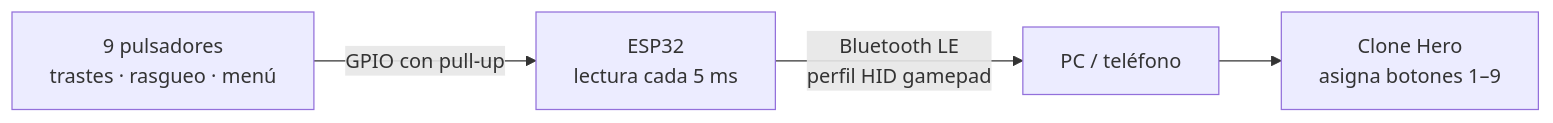
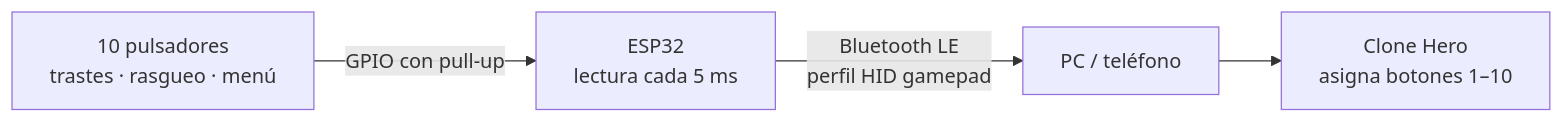
One commit to Jostero32/Guitarra_CloneHero_Inalambrico_esp32 changed the diagram in README.md. Above: the diagram before and after it, drawn with Mermaid. The commit also changed other lines of this file and 5 other files, not shown here.

````diff
--- a/README.md
+++ b/README.md
@@ -14,6 +14,6 @@
 ```mermaid
 flowchart LR
-    B["9 pulsadores<br/>trastes · rasgueo · menú"] -->|"GPIO con pull-up"| E["ESP32<br/>lectura cada 5 ms"]
+    B["10 pulsadores<br/>trastes · rasgueo · menú"] -->|"GPIO con pull-up"| E["ESP32<br/>lectura cada 5 ms"]
     E -->|"Bluetooth LE<br/>perfil HID gamepad"| PC["PC / teléfono"]
-    PC --> CH["Clone Hero<br/>asigna botones 1–9"]
+    PC --> CH["Clone Hero<br/>asigna botones 1–10"]
 ```
````
